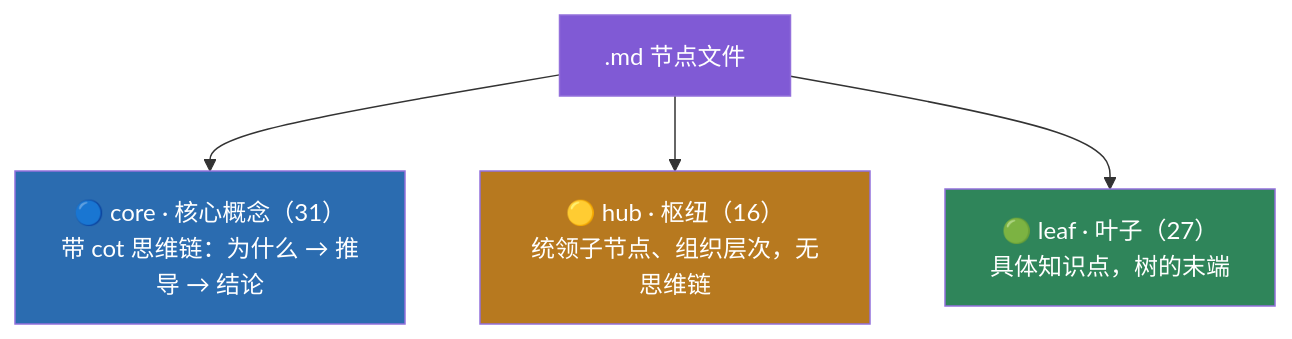
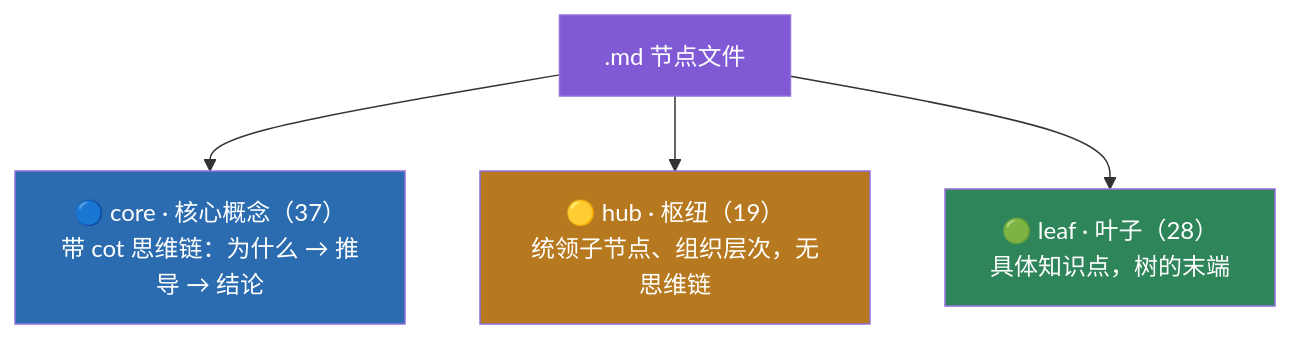
The third of 9 diagrams in README.md (Baixiaodou/comm-knowledge-graph), drawn with Mermaid before and after one commit. The commit also changed other lines of this file and 18 other files, not shown here.

````diff
--- a/README.md
+++ b/README.md
@@ -178,10 +178,10 @@
 ```mermaid
 flowchart TB
-    MD[".md 节点文件"] --> CORE["🔵 core · 核心概念（31）<br/>带 cot 思维链：为什么 → 推导 → 结论"]
-    MD --> HUB["🟡 hub · 枢纽（16）<br/>统领子节点、组织层次，无思维链"]
-    MD --> LEAF["🟢 leaf · 叶子（27）<br/>具体知识点，树的末端"]
+    MD[".md 节点文件"] --> CORE["🔵 core · 核心概念（37）<br/>带 cot 思维链：为什么 → 推导 → 结论"]
+    MD --> HUB["🟡 hub · 枢纽（19）<br/>统领子节点、组织层次，无思维链"]
+    MD --> LEAF["🟢 leaf · 叶子（28）<br/>具体知识点，树的末端"]
     style MD fill:#805ad5,color:#fff
     style CORE fill:#2b6cb0,color:#fff
     style HUB fill:#b7791f,color:#fff
     style LEAF fill:#2f855a,color:#fff
 ```
````
